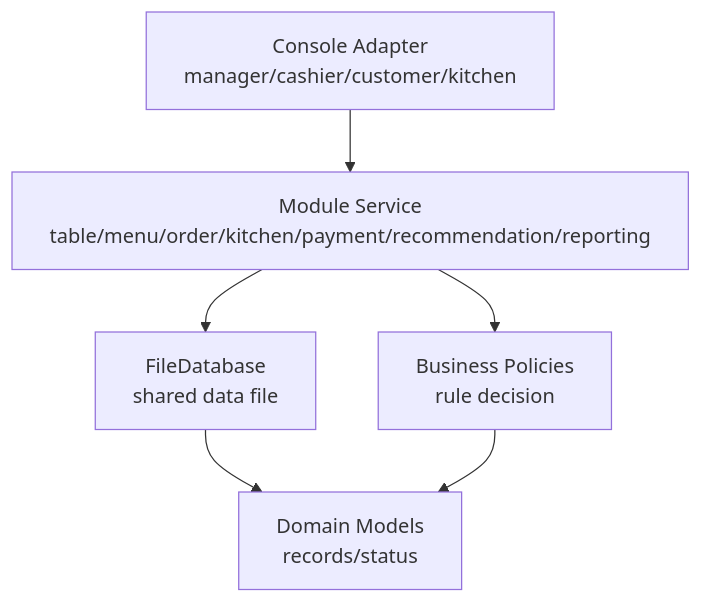
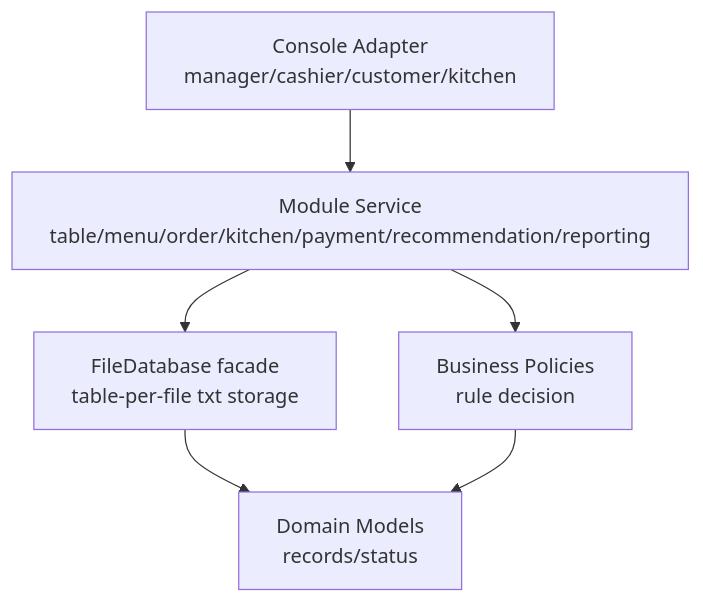
The diagram in docs/product-design/13-implementation-roadmap/code-architecture-map.md (qchien643/PBL1_DUT), drawn with Mermaid before and after one commit. The commit also changed other lines of this file and 69 other files, not shown here.

````diff
--- a/docs/product-design/13-implementation-roadmap/code-architecture-map.md
+++ b/docs/product-design/13-implementation-roadmap/code-architecture-map.md
@@ -7,14 +7,14 @@
 ```mermaid
 flowchart TD
     CMD[Console Adapter<br/>manager/cashier/customer/kitchen]
     SERVICE[Module Service<br/>table/menu/order/kitchen/payment/recommendation/reporting]
     POLICY[Business Policies<br/>rule decision]
-    DB[FileDatabase<br/>shared data file]
+    DB[FileDatabase facade<br/>table-per-file txt storage]
     MODEL[Domain Models<br/>records/status]
 
     CMD --> SERVICE
     SERVICE --> POLICY
     SERVICE --> DB
     DB --> MODEL
     POLICY --> MODEL
 ```
````
